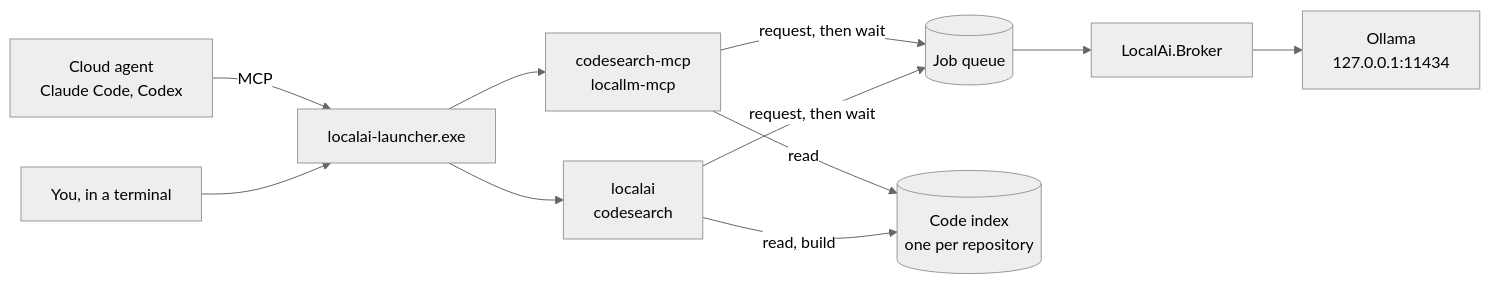
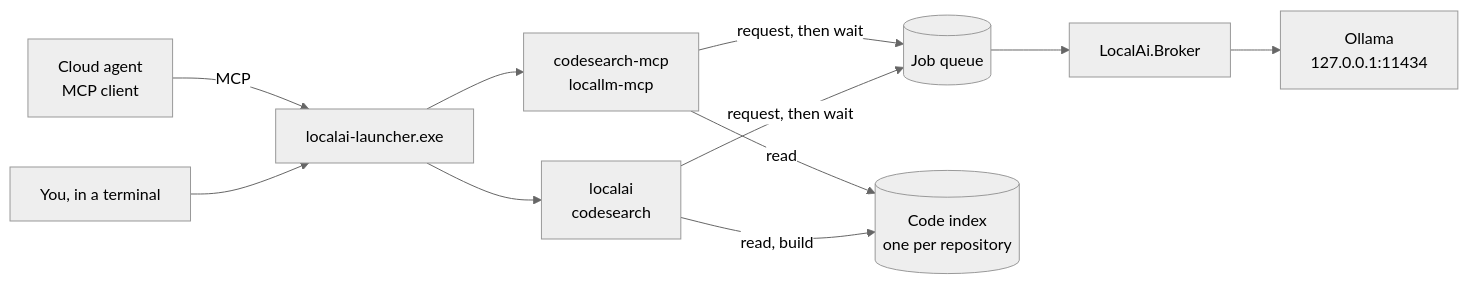
Before and after one commit to MrAliev/local-ai-toolkit: the first of 4 diagrams in README.md, drawn with Mermaid (neutral theme). The commit also changed other lines of this file and 19 other files, not shown here.

First line of the commit message:
docs: use neutral MCP client labels (#931)

````diff
--- a/README.md
+++ b/README.md
@@ -513,23 +512,23 @@
 ```mermaid
 flowchart LR
-    agent["Cloud agent<br/>Claude Code, Codex"]
+    agent["Cloud agent<br/>MCP client"]
     you["You, in a terminal"]
     launcher["localai-launcher.exe"]
     mcp["codesearch-mcp<br/>locallm-mcp"]
     cli["localai<br/>codesearch"]
     queue[("Job queue")]
     broker["LocalAi.Broker"]
     ollama["Ollama<br/>127.0.0.1:11434"]
     index[("Code index<br/>one per repository")]
 
     agent -->|MCP| launcher
     you --> launcher
     launcher --> mcp
     launcher --> cli
     mcp -->|"request, then wait"| queue
     cli -->|"request, then wait"| queue
     queue --> broker
     broker --> ollama
     mcp -->|read| index
     cli -->|"read, build"| index
 ```
````
